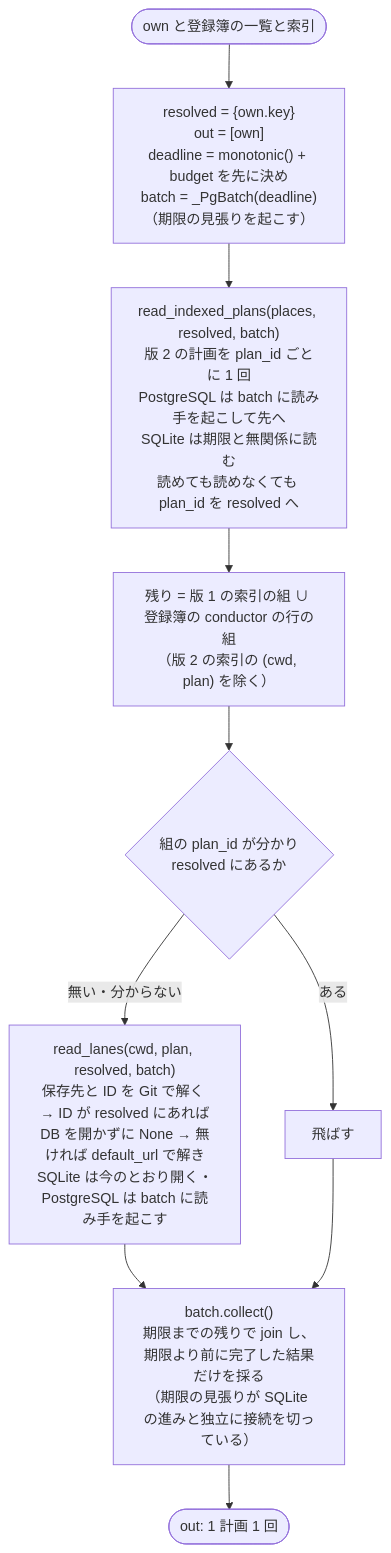
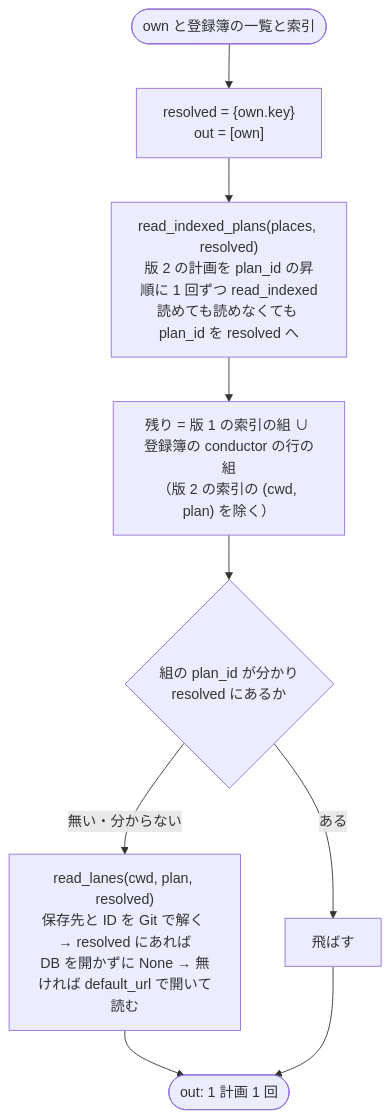
The third of 3 diagrams in issues/issue-4113-design.md (devbasex/ai-plugins), drawn with Mermaid before and after one commit. The commit also changed other lines of this file, not shown here.

First line of the commit message:
Docs: #4113 の設計から PostgreSQL の接続先の同一性と読み取りの期限を #4180・#4181 へ分ける

````diff
--- a/issues/issue-4113-design.md
+++ b/issues/issue-4113-design.md
@@ -69,12 +67,11 @@
 ```mermaid
 flowchart TD
-  S([own と登録簿の一覧と索引]) --> A["resolved = {own.key}<br>out = [own]<br>deadline = monotonic() + budget を先に決め<br>batch = _PgBatch(deadline)（期限の見張りを起こす）"]
-  A --> V["read_indexed_plans(places, resolved, batch)<br>版 2 の計画を plan_id ごとに 1 回<br>PostgreSQL は batch に読み手を起こして先へ<br>SQLite は期限と無関係に読む<br>読めても読めなくても plan_id を resolved へ"]
+  S([own と登録簿の一覧と索引]) --> A["resolved = {own.key}<br>out = [own]"]
+  A --> V["read_indexed_plans(places, resolved)<br>版 2 の計画を plan_id の昇順に 1 回ずつ read_indexed<br>読めても読めなくても plan_id を resolved へ"]
   V --> L["残り = 版 1 の索引の組 ∪ 登録簿の conductor の行の組<br>（版 2 の索引の (cwd, plan) を除く）"]
   L --> R{"組の plan_id が分かり<br>resolved にあるか"}
   R -- ある --> N[飛ばす]
-  R -- "無い・分からない" --> RL["read_lanes(cwd, plan, resolved, batch)<br>保存先と ID を Git で解く → ID が resolved にあれば<br>DB を開かずに None → 無ければ default_url で解き<br>SQLite は今のとおり開く・PostgreSQL は batch に読み手を起こす"]
-  RL --> C["batch.collect()<br>期限までの残りで join し、期限より前に完了した結果だけを採る<br>（期限の見張りが SQLite の進みと独立に接続を切っている）"]
-  N --> C
-  C --> O([out: 1 計画 1 回])
+  R -- "無い・分からない" --> RL["read_lanes(cwd, plan, resolved)<br>保存先と ID を Git で解く → resolved にあれば<br>DB を開かずに None → 無ければ default_url で開いて読む"]
+  RL --> O([out: 1 計画 1 回])
+  N --> O
 ```
````
